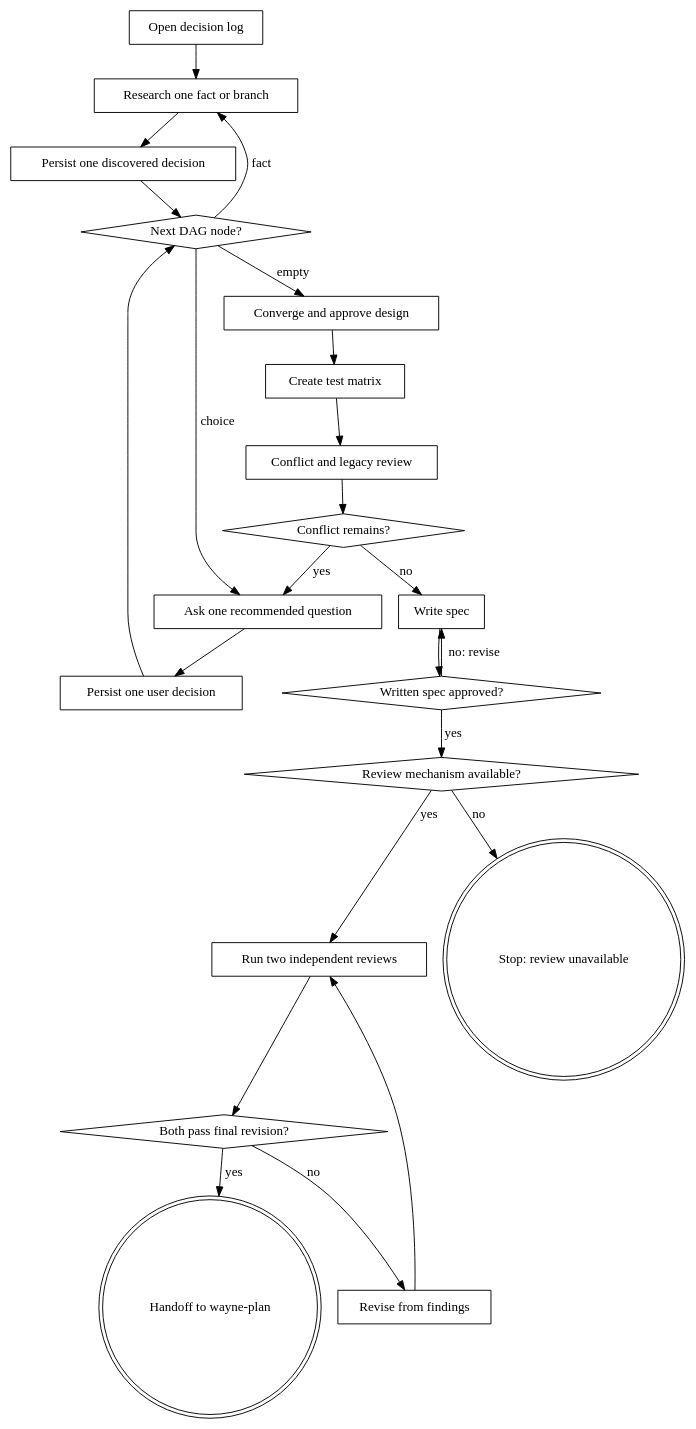
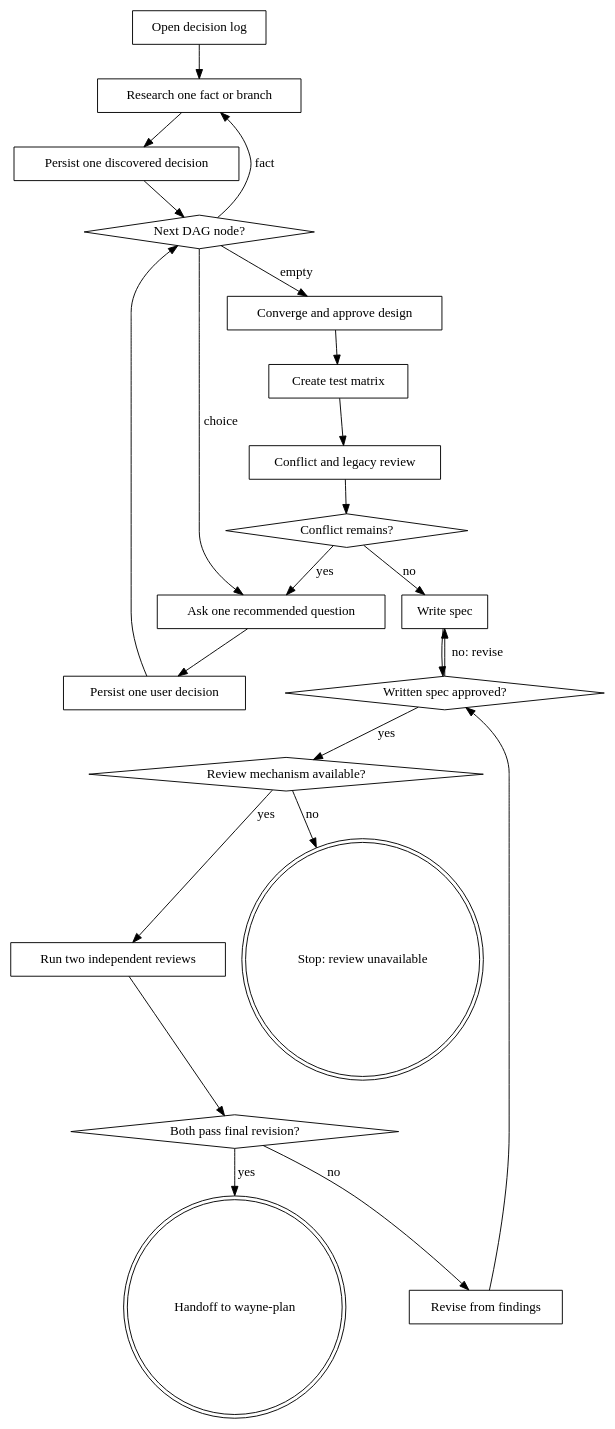
Before and after one commit to waynejing995/wayne-taste: the diagram in wayne-mind-explode/SKILL.md, drawn with Graphviz. The commit also changed other lines of this file and 24 other files, not shown here.

````diff
--- a/wayne-mind-explode/SKILL.md
+++ b/wayne-mind-explode/SKILL.md
@@ -47,46 +48,46 @@
 ```dot
 digraph mind_explode {
     rankdir=TB;
     A [label="Open decision log", shape=box];
     B [label="Research one fact or branch", shape=box];
     P [label="Persist one discovered decision", shape=box];
     C [label="Next DAG node?", shape=diamond];
     D [label="Ask one recommended question", shape=box];
     Q [label="Persist one user decision", shape=box];
     E [label="Converge and approve design", shape=box];
     F [label="Create test matrix", shape=box];
     G [label="Conflict and legacy review", shape=box];
     H [label="Conflict remains?", shape=diamond];
     I [label="Write spec", shape=box];
     V [label="Written spec approved?", shape=diamond];
     J [label="Run two independent reviews", shape=box];
     K [label="Both pass final revision?", shape=diamond];
     R [label="Revise from findings", shape=box];
     U [label="Review mechanism available?", shape=diamond];
     X [label="Stop: review unavailable", shape=doublecircle];
     L [label="Handoff to wayne-plan", shape=doublecircle];
 
     A -> B;
     B -> P;
     P -> C;
     C -> B [label="fact"];
     C -> D [label="choice"];
     D -> Q;
     Q -> C;
     C -> E [label="empty"];
     E -> F;
     F -> G;
     G -> H;
     H -> D [label="yes"];
     H -> I [label="no"];
     I -> V;
     V -> I [label="no: revise"];
     V -> U [label="yes"];
     U -> J [label="yes"];
     U -> X [label="no"];
     J -> K;
     K -> R [label="no"];
-    R -> J;
+    R -> V;
     K -> L [label="yes"];
 }
 ```
````
